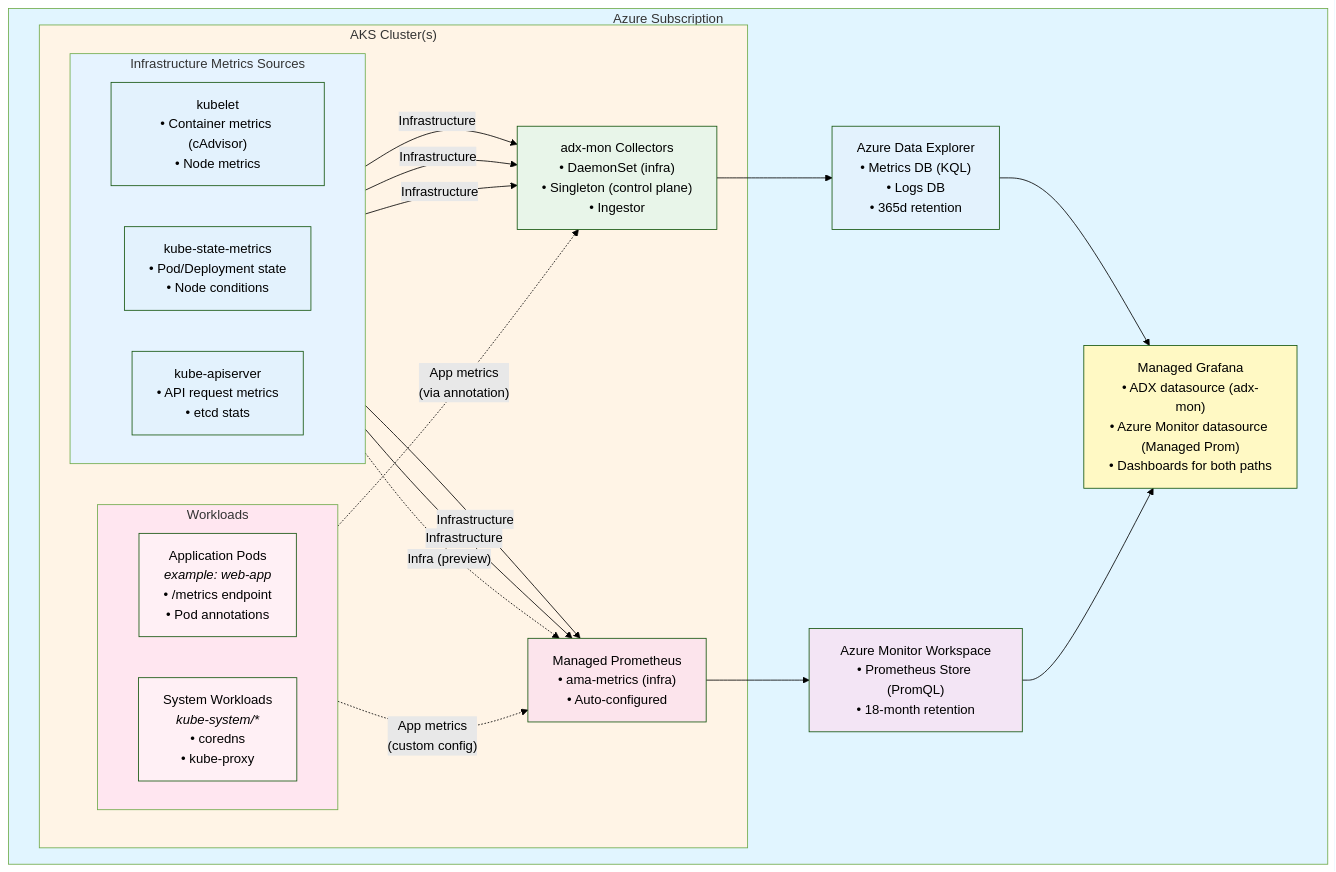
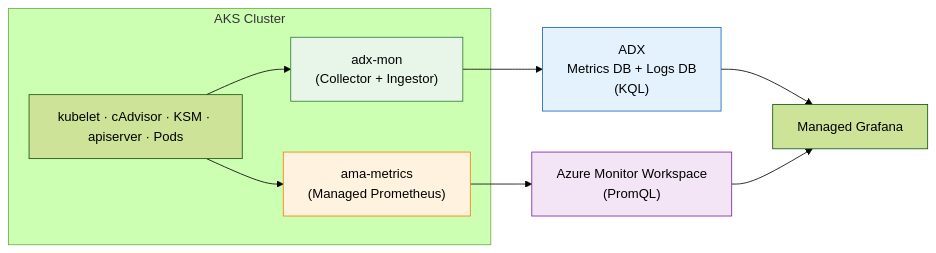
One commit to michaelsena-msft/adx-mon-demo changed the diagram in COMPARISONS.md. Above: the diagram before and after it, drawn with Mermaid (forest theme). The commit also changed other lines of this file, not shown here.

````diff
--- a/COMPARISONS.md
+++ b/COMPARISONS.md
@@ -39,56 +11,22 @@
 ```mermaid
-graph TB
-    subgraph Azure["Azure Subscription"]
-        subgraph AKS["AKS Cluster(s)"]
-            subgraph Workloads["Workloads"]
-                direction LR
-                AppPods["Application Pods<br/><i>example: web-app</i><br/>• /metrics endpoint<br/>• Pod annotations"]
-                SystemPods["System Workloads<br/><i>kube-system/*</i><br/>• coredns<br/>• kube-proxy"]
-            end
-            
-            subgraph InfraSources["Infrastructure Metrics Sources"]
-                direction LR
-                Kubelet["kubelet<br/>• Container metrics (cAdvisor)<br/>• Node metrics"]
-                KSM["kube-state-metrics<br/>• Pod/Deployment state<br/>• Node conditions"]
-                APIServer["kube-apiserver<br/>• API request metrics<br/>• etcd stats"]
-            end
-            
-            ADXMon["adx-mon Collectors<br/>• DaemonSet (infra)<br/>• Singleton (control plane)<br/>• Ingestor"]
-            ManagedProm["Managed Prometheus<br/>• ama-metrics (infra)<br/>• Auto-configured"]
-            
-            AppPods -.->|"App metrics<br/>(via annotation)"| ADXMon
-            SystemPods -.->|"App metrics<br/>(custom config)"| ManagedProm
-            Kubelet -->|Infrastructure| ADXMon
-            KSM -->|Infrastructure| ADXMon
-            APIServer -->|Infrastructure| ADXMon
-            Kubelet -->|Infrastructure| ManagedProm
-            KSM -->|Infrastructure| ManagedProm
-            APIServer -.->|"Infra (preview)"| ManagedProm
-        end
-        
-        ADX["Azure Data Explorer<br/>• Metrics DB (KQL)<br/>• Logs DB<br/>• 365d retention"]
-        AMW["Azure Monitor Workspace<br/>• Prometheus Store (PromQL)<br/>• 18-month retention"]
-        
-        Grafana["Managed Grafana<br/>• ADX datasource (adx-mon)<br/>• Azure Monitor datasource (Managed Prom)<br/>• Dashboards for both paths"]
-        
-        ADXMon --> ADX
-        ManagedProm --> AMW
-        ADX --> Grafana
-        AMW --> Grafana
+graph LR
+    subgraph AKS["AKS Cluster"]
+        Sources["kubelet · cAdvisor · KSM · apiserver · Pods"]
+        ADXMon["adx-mon<br/>(Collector + Ingestor)"]
+        AMA["ama-metrics<br/>(Managed Prometheus)"]
     end
-    
-    style Azure fill:#e1f5ff
-    style AKS fill:#fff4e6
-    style Workloads fill:#ffe6f0
-    style InfraSources fill:#e6f3ff
-    style AppPods fill:#fff0f5
-    style SystemPods fill:#fff0f5
-    style Kubelet fill:#e3f2fd
-    style KSM fill:#e3f2fd
-    style APIServer fill:#e3f2fd
-    style ADXMon fill:#e8f5e9
-    style ManagedProm fill:#fce4ec
-    style ADX fill:#e3f2fd
-    style AMW fill:#f3e5f5
-    style Grafana fill:#fff9c4
+
+    Sources --> ADXMon
+    Sources --> AMA
+
+    ADXMon --> ADX["ADX<br/>Metrics DB + Logs DB<br/>(KQL)"]
+    AMA --> AMW["Azure Monitor Workspace<br/>(PromQL)"]
+
+    ADX --> Grafana["Managed Grafana"]
+    AMW --> Grafana
+
+    style ADXMon fill:#e8f5e9,stroke:#2e7d32
+    style AMA fill:#fff3e0,stroke:#f57c00
+    style ADX fill:#e3f2fd,stroke:#1565c0
+    style AMW fill:#f3e5f5,stroke:#7b1fa2
 ```
````
